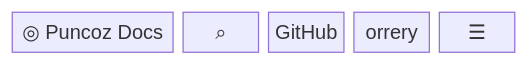
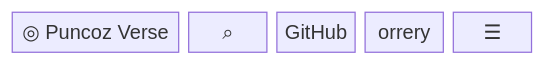
Before and after one commit to nepal-dev-com/docs.nepal-dev.com: the second of 8 diagrams in content/docs/maintain/app-flow/site-pages.mdx, drawn with Mermaid. The commit also changed other lines of this file and 85 other files, not shown here.

Commit message:
site renamed to puncoz verse

````diff
--- a/content/docs/maintain/app-flow/site-pages.mdx
+++ b/content/docs/maintain/app-flow/site-pages.mdx
@@ -82,5 +82,5 @@
 ```mermaid
 block-beta
   columns 6
-  mark["◎ Puncoz Docs"]:2 search["⌕"] gh["GitHub"] theme["orrery"] menu["☰"]
+  mark["◎ Puncoz Verse"]:2 search["⌕"] gh["GitHub"] theme["orrery"] menu["☰"]
 ```
````
